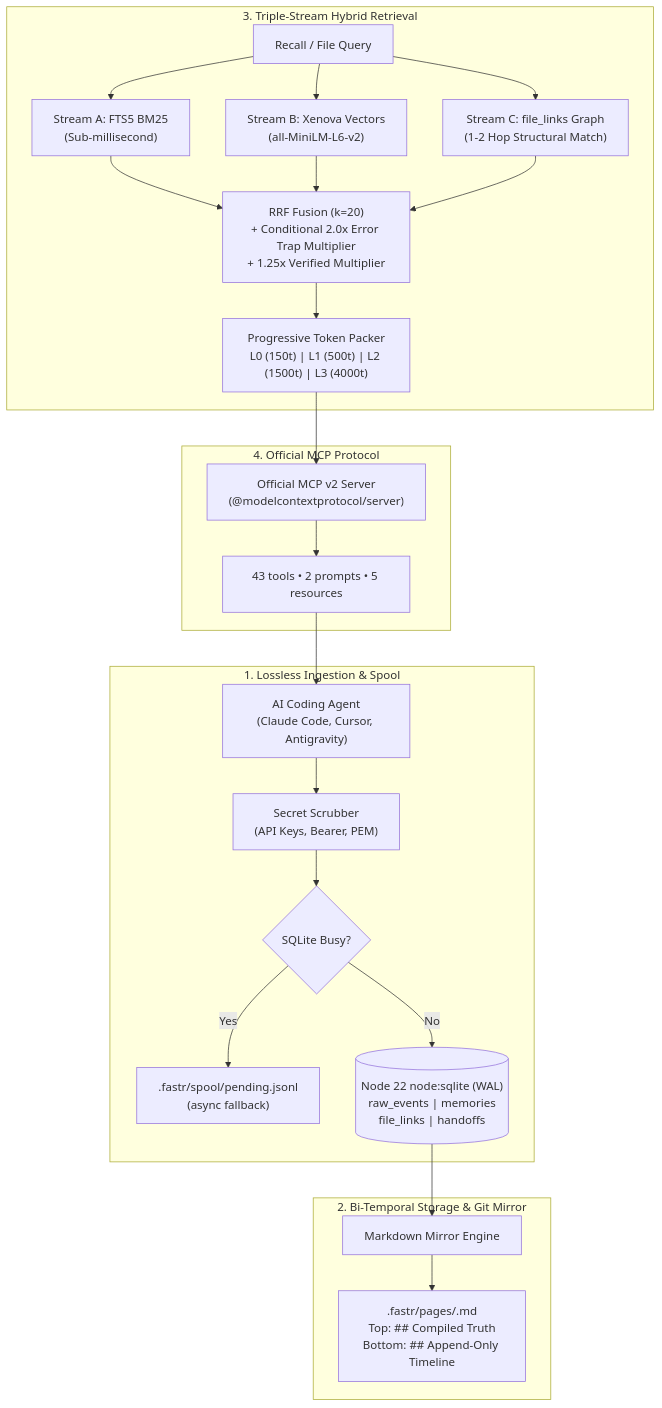
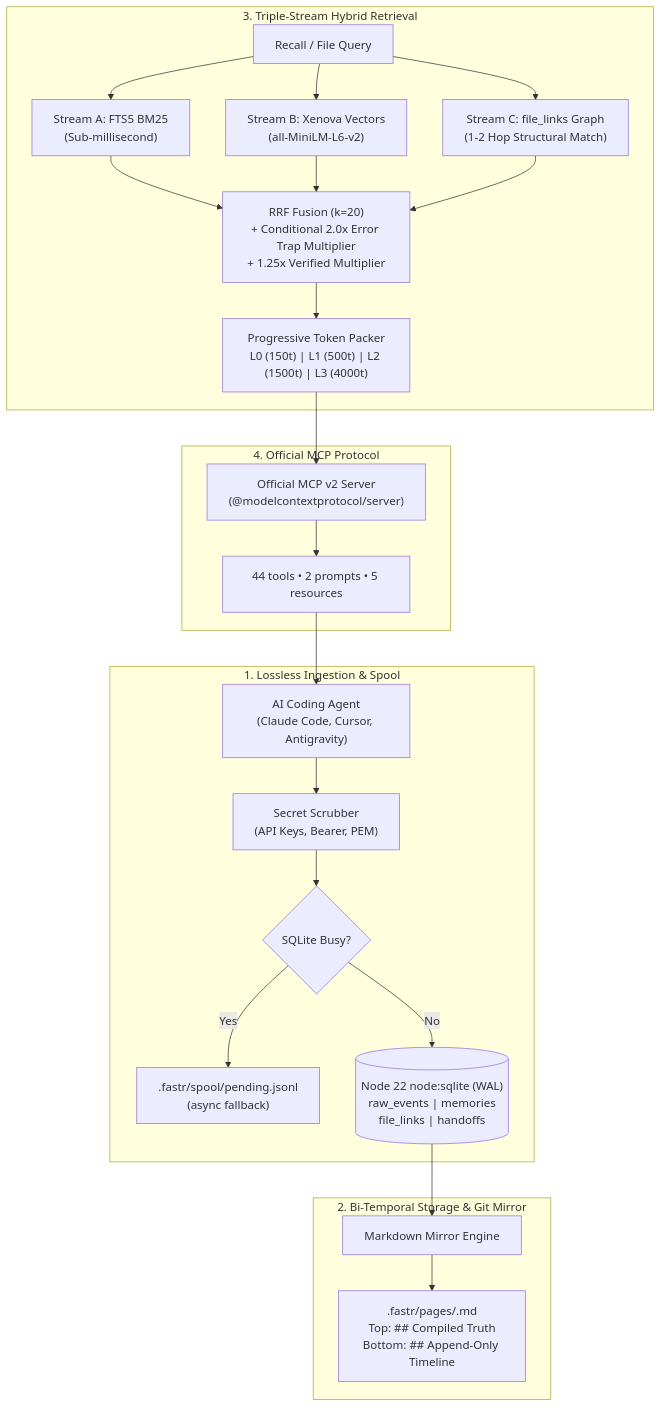
One commit to atifjubaer/fastrmemory changed the diagram in README.md. Above: the diagram before and after it, drawn with Mermaid. The commit also changed other lines of this file and 14 other files, not shown here.

````diff
--- a/README.md
+++ b/README.md
@@ -576,29 +577,29 @@
 ```mermaid
 flowchart TD
     subgraph Ingestion["1. Lossless Ingestion & Spool"]
         Agent["AI Coding Agent\n(Claude Code, Cursor, Antigravity)"] --> Scrubber["Secret Scrubber\n(API Keys, Bearer, PEM)"]
         Scrubber --> Spool{"SQLite Busy?"}
         Spool -- Yes --> SpoolFile[".fastr/spool/pending.jsonl\n(async fallback)"]
         Spool -- No --> DB
     end
 
     subgraph Storage["2. Bi-Temporal Storage & Git Mirror"]
         DB[("Node 22 node:sqlite (WAL)\nraw_events | memories\nfile_links | handoffs")]
         DB --> Mirror["Markdown Mirror Engine"]
         Mirror --> Pages[".fastr/pages/<module>.md\nTop: ## Compiled Truth\nBottom: ## Append-Only Timeline"]
     end
 
     subgraph Search["3. Triple-Stream Hybrid Retrieval"]
         Query["Recall / File Query"] --> FTS["Stream A: FTS5 BM25\n(Sub-millisecond)"]
         Query --> Vec["Stream B: Xenova Vectors\n(all-MiniLM-L6-v2)"]
         Query --> Graph["Stream C: file_links Graph\n(1-2 Hop Structural Match)"]
         FTS & Vec & Graph --> RRF["RRF Fusion (k=20)\n+ Conditional 2.0x Error Trap Multiplier\n+ 1.25x Verified Multiplier"]
         RRF --> Budget["Progressive Token Packer\nL0 (150t) | L1 (500t) | L2 (1500t) | L3 (4000t)"]
     end
 
     subgraph Protocol["4. Official MCP Protocol"]
         Budget --> MCPServer["Official MCP v2 Server\n(@modelcontextprotocol/server)"]
-        MCPServer --> Tools["43 tools • 2 prompts • 5 resources"]
+        MCPServer --> Tools["44 tools • 2 prompts • 5 resources"]
         Tools --> Agent
     end
 ```
````
